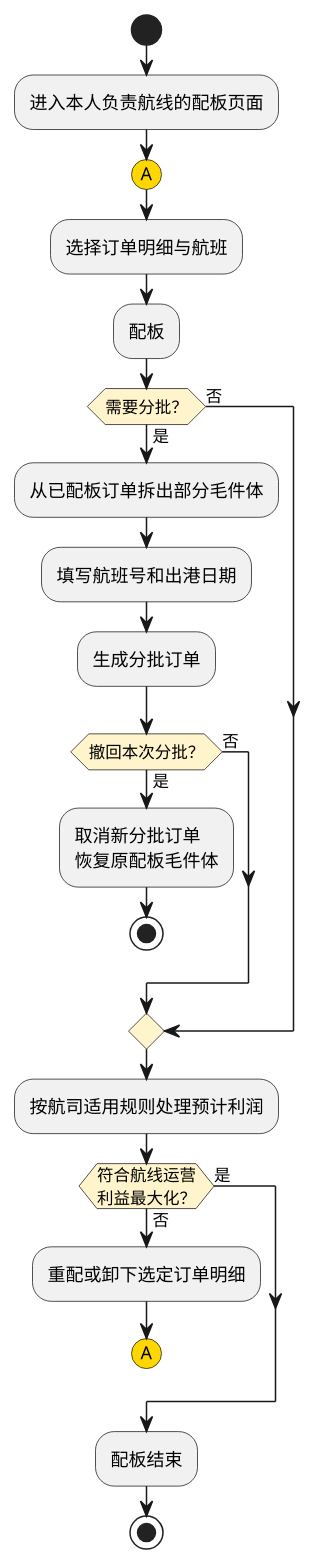
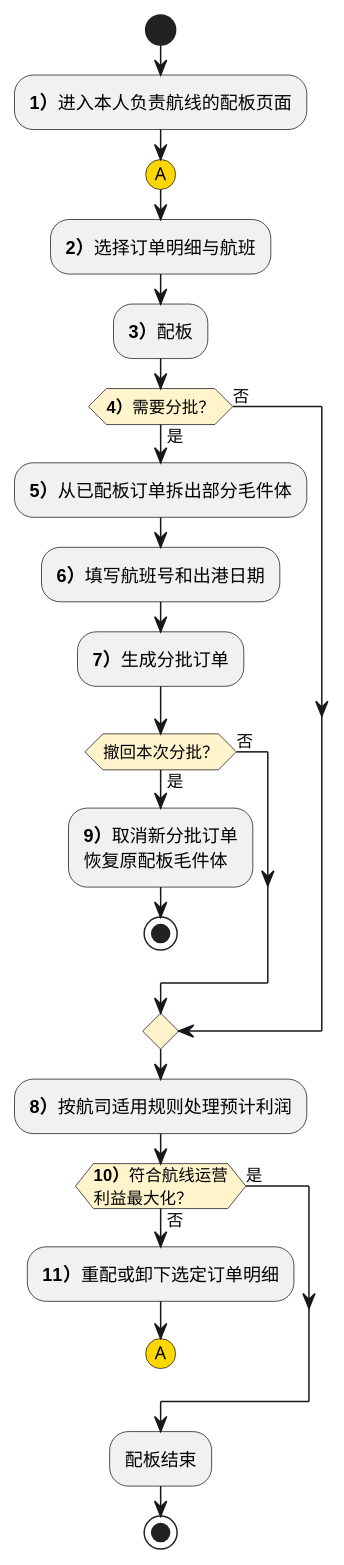
One commit to jack888332/projects-doc changed the second of 2 diagrams in product-caliber/goldjet/segmented-prd/PRD.高捷物流系统一期.第008篇.舱位管理与配板.01F81010E3.md. Above: the diagram before and after it, drawn with PlantUML. The commit also changed other lines of this file and 24 other files, not shown here.

````diff
--- a/product-caliber/goldjet/segmented-prd/PRD.高捷物流系统一期.第008篇.舱位管理与配板.01F81010E3.md
+++ b/product-caliber/goldjet/segmented-prd/PRD.高捷物流系统一期.第008篇.舱位管理与配板.01F81010E3.md
@@ -327,30 +327,30 @@
 ```plantuml
 @startuml goldjet-008-pallet-allocation
 skinparam activityDiamondBackgroundColor #FFF4CC
 start
-:进入本人负责航线的配板页面;
+:**1）**进入本人负责航线的配板页面;
 #gold:(A)
-:选择订单明细与航班;
-:配板;
-if (需要分批？) then (是)
-  :从已配板订单拆出部分毛件体;
-  :填写航班号和出港日期;
-  :生成分批订单;
+:**2）**选择订单明细与航班;
+:**3）**配板;
+if (**4）**需要分批？) then (是)
+  :**5）**从已配板订单拆出部分毛件体;
+  :**6）**填写航班号和出港日期;
+  :**7）**生成分批订单;
   if (撤回本次分批？) then (是)
-    :取消新分批订单\n恢复原配板毛件体;
+    :**9）**取消新分批订单\n恢复原配板毛件体;
     stop
   else (否)
   endif
 else (否)
 endif
-:按航司适用规则处理预计利润;
-if (符合航线运营\n利益最大化？) then (否)
-  :重配或卸下选定订单明细;
+:**8）**按航司适用规则处理预计利润;
+if (**10）**符合航线运营\n利益最大化？) then (否)
+  :**11）**重配或卸下选定订单明细;
   #gold:(A)
   detach
 else (是)
 endif
 :配板结束;
 stop
 @enduml
 ```
````
